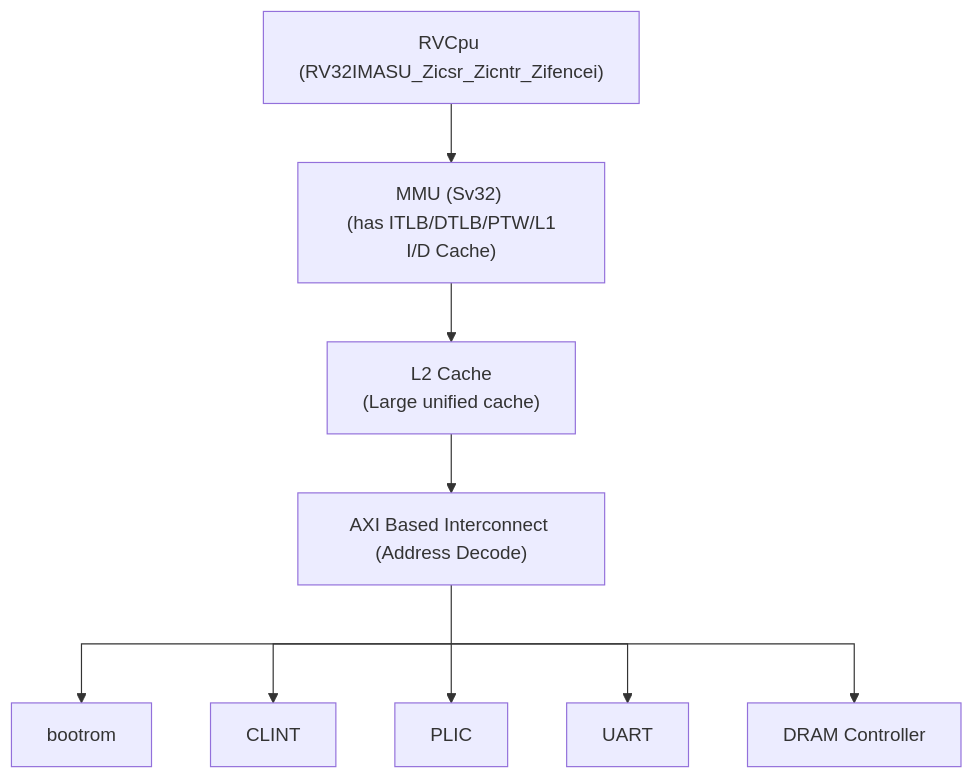
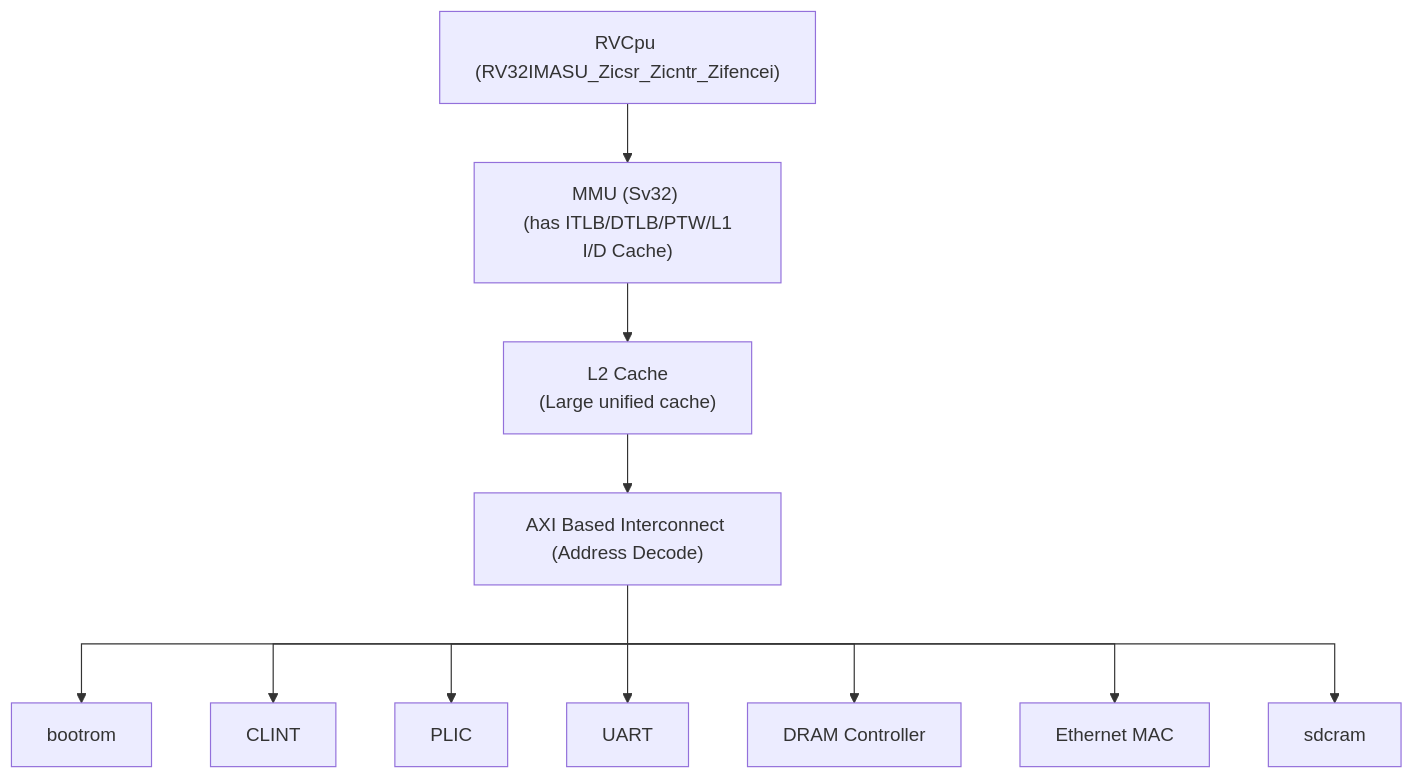
The diagram in src/arch/index.md (archlab-sciencetokyo/RVComp-doc), drawn with Mermaid before and after one commit. The commit also changed other lines of this file and 24 other files, not shown here.

````diff
--- a/src/arch/index.md
+++ b/src/arch/index.md
@@ -8,14 +8,16 @@
 ```{mermaid}
 %%{init: {'flowchart': {'curve': 'stepAfter'}}}%%
 flowchart TD
     CPU["RVCpu (RV32IMASU_Zicsr_Zicntr_Zifencei)"] --> MMU["MMU (Sv32) <br> (has ITLB/DTLB/PTW/L1 I/D Cache)"]
     MMU --> L2["L2 Cache <br> (Large unified cache)"]
     L2 --> AXI["AXI Based Interconnect (Address Decode)"]
     AXI --- Bus[" "]
     style Bus width:0px,height:0px,fill:none,stroke:none
     Bus --> bootrom
     Bus --> CLINT
     Bus --> PLIC
     Bus --> UART
     Bus --> DRAM[DRAM Controller]
+    Bus --> ETH["Ethernet MAC"]
+    Bus --> SDCRAM["sdcram"]
 ```
````
